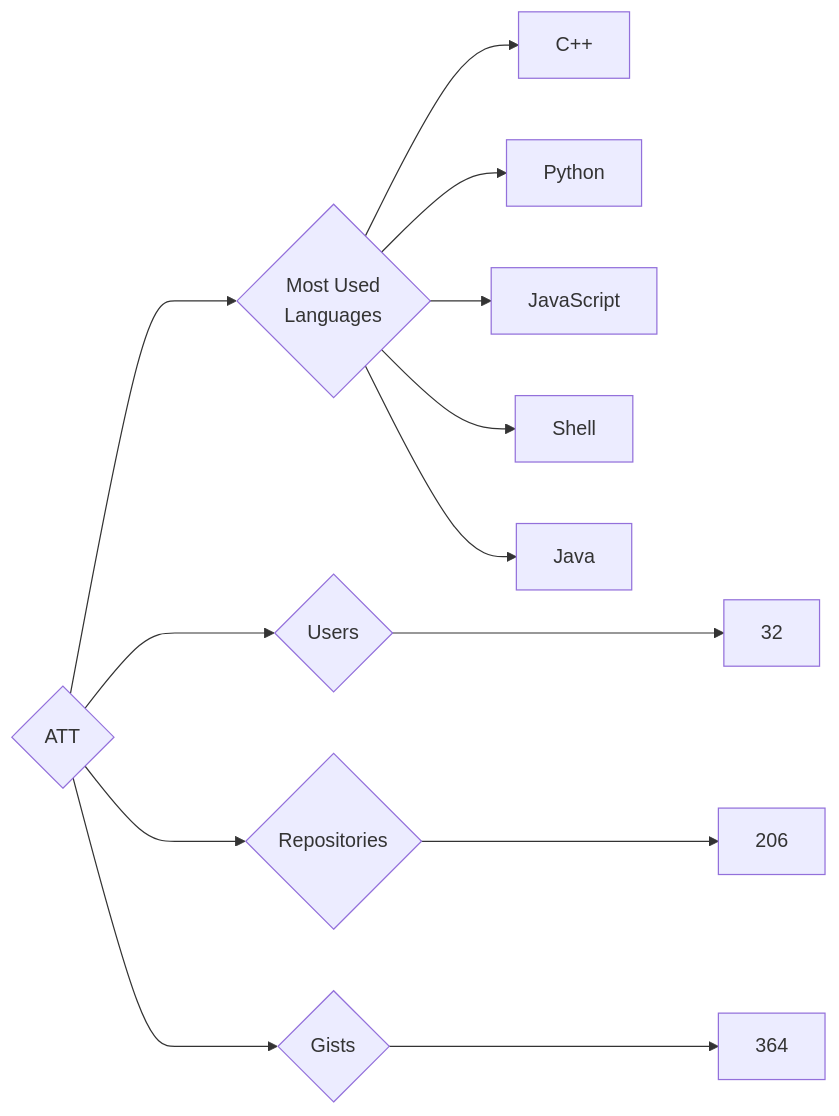
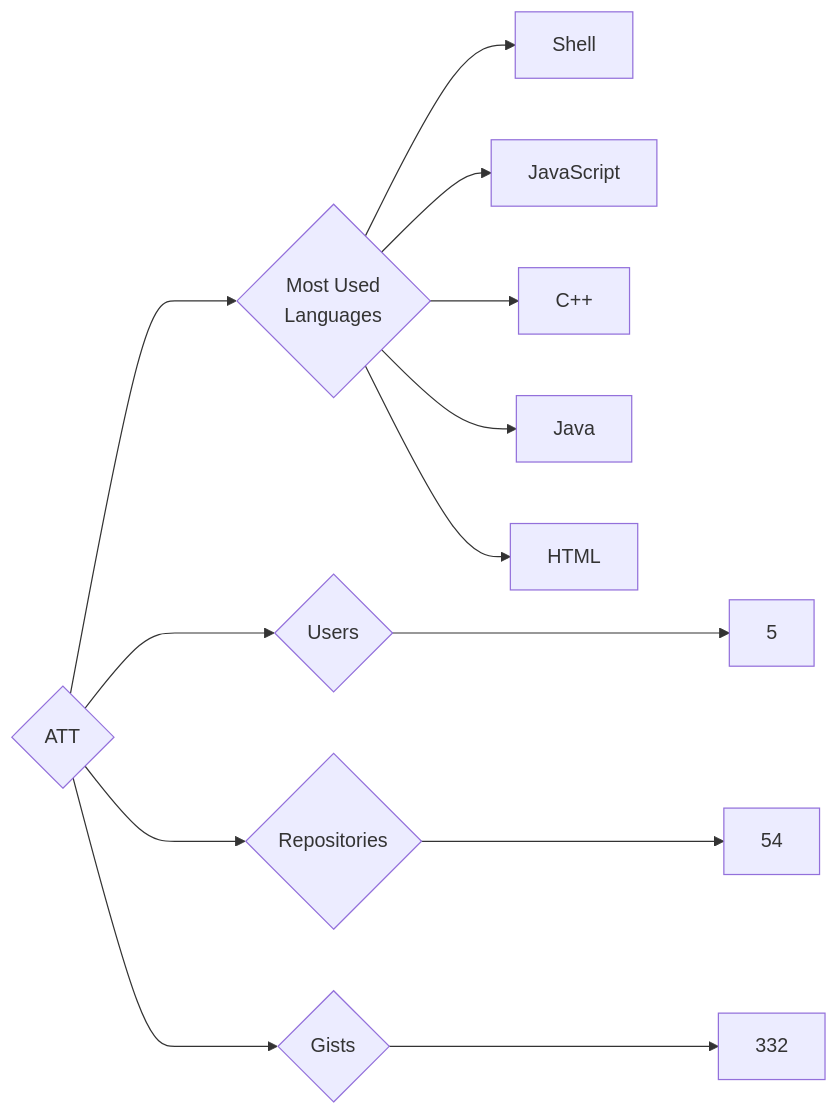
The diagram in targets/ATT/README.md (trickest/insiders), drawn with Mermaid before and after one commit. The commit also changed 925 other files, not shown here.

````diff
--- a/targets/ATT/README.md
+++ b/targets/ATT/README.md
@@ -3,13 +3,13 @@
 ```mermaid
 graph LR
 COMPANY_NAME{ATT}
-COMPANY_NAME ---> U{Users} ---> UN[32]
-COMPANY_NAME ---> R{Repositories} ---> RN[206]
-COMPANY_NAME ---> G{Gists} ---> GN[364]
+COMPANY_NAME ---> U{Users} ---> UN[5]
+COMPANY_NAME ---> R{Repositories} ---> RN[54]
+COMPANY_NAME ---> G{Gists} ---> GN[332]
 COMPANY_NAME ---> ML{Most Used<br>Languages}
+ML --> Shell[Shell]
+ML --> JavaScript[JavaScript]
 ML --> C++[C++]
-ML --> Python[Python]
-ML --> JavaScript[JavaScript]
-ML --> Shell[Shell]
 ML --> Java[Java]
+ML --> HTML[HTML]
 ```
````
